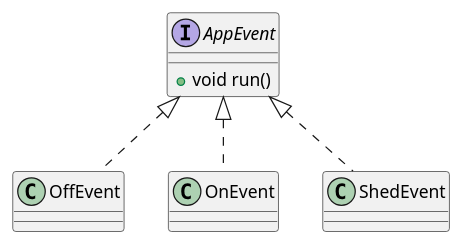
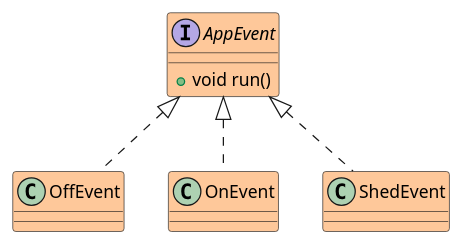
The first of 2 diagrams in Rapport_carnet/scenarioPeersimUml.wsd (PolyProcessInterface/ppi), drawn with PlantUML before and after one commit. The commit also changed other lines of this file and 4 other files, not shown here.

```diff
--- a/Rapport_carnet/scenarioPeersimUml.wsd
+++ b/Rapport_carnet/scenarioPeersimUml.wsd
@@ -1,14 +1,14 @@
-@startuml test2
-interface AppEvent {
+@startuml scenPuml
+interface AppEvent #fec89a{
     +void run()
 }
 AppEvent <|.. OffEvent
 AppEvent <|.. OnEvent
 AppEvent <|.. ShedEvent
-class OffEvent {
+class OffEvent #fec89a{
 }
-class OnEvent {
+class OnEvent #fec89a{
 }
-class ShedEvent {
+class ShedEvent #fec89a{
 }
 @enduml
```
